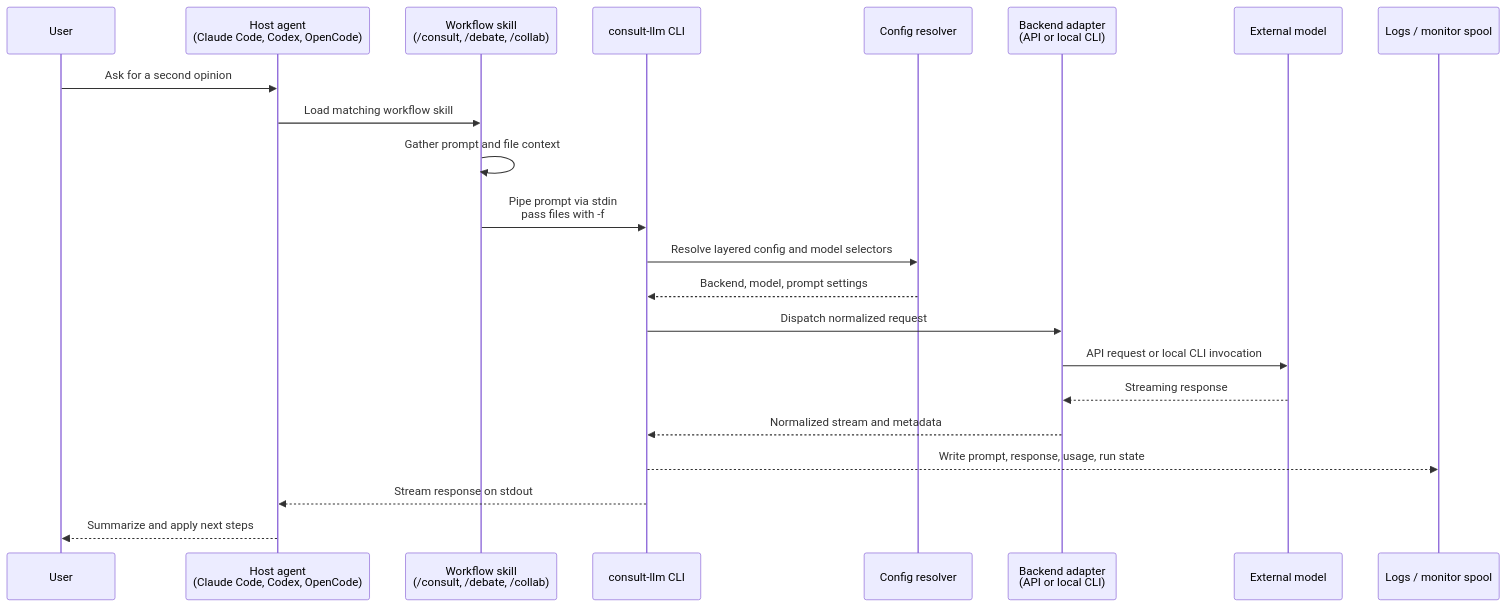
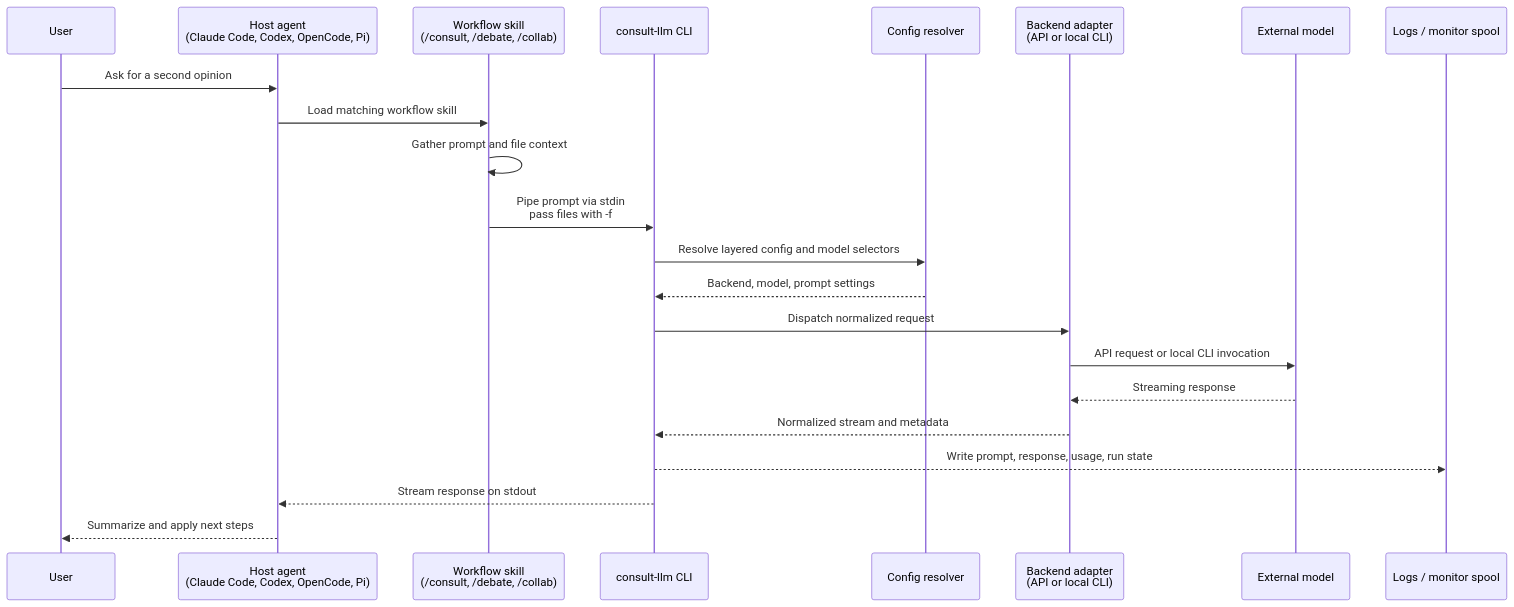
Before and after one commit to raine/consult-llm: the diagram in README.md, drawn with Mermaid. The commit also changed other lines of this file and 1 other file, not shown here.

````diff
--- a/README.md
+++ b/README.md
@@ -1025,25 +1033,25 @@
 ```mermaid
 sequenceDiagram
     participant User
-    participant Agent as Host agent<br/>(Claude Code, Codex, OpenCode)
+    participant Agent as Host agent<br/>(Claude Code, Codex, OpenCode, Pi)
     participant Skill as Workflow skill<br/>(/consult, /debate, /collab)
     participant CLI as consult-llm CLI
     participant Config as Config resolver
     participant Backend as Backend adapter<br/>(API or local CLI)
     participant Model as External model
     participant Logs as Logs / monitor spool
 
     User->>Agent: Ask for a second opinion
     Agent->>Skill: Load matching workflow skill
     Skill->>Skill: Gather prompt and file context
     Skill->>CLI: Pipe prompt via stdin<br/>pass files with -f
     CLI->>Config: Resolve layered config and model selectors
     Config-->>CLI: Backend, model, prompt settings
     CLI->>Backend: Dispatch normalized request
     Backend->>Model: API request or local CLI invocation
     Model-->>Backend: Streaming response
     Backend-->>CLI: Normalized stream and metadata
     CLI-->>Logs: Write prompt, response, usage, run state
     CLI-->>Agent: Stream response on stdout
     Agent-->>User: Summarize and apply next steps
 ```
````
